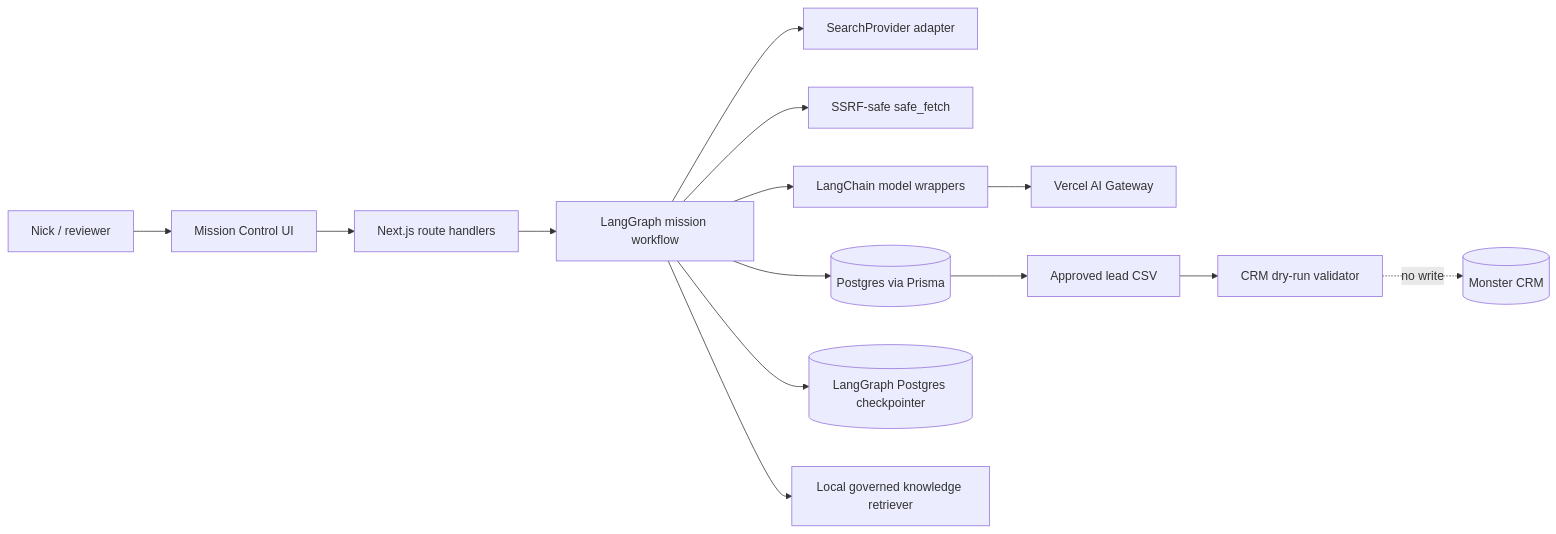
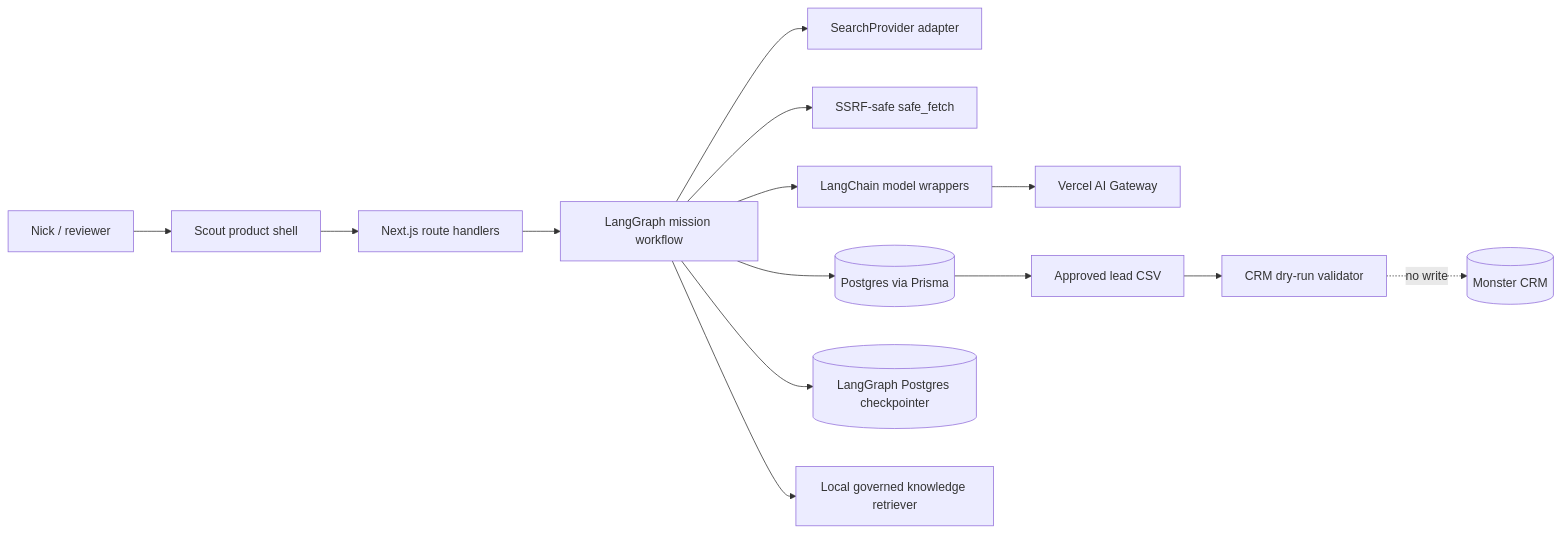
One commit to monsteruk-crm/monster-prospecting-agent changed the second of 17 diagrams in docs/guides/how-monster-scout-works.md. Above: the diagram before and after it, drawn with Mermaid. The commit also changed other lines of this file and 18 other files, not shown here.

````diff
--- a/docs/guides/how-monster-scout-works.md
+++ b/docs/guides/how-monster-scout-works.md
@@ -80,16 +80,16 @@
 ```mermaid
 flowchart LR
-  Human[Nick / reviewer] --> UI[Mission Control UI]
+  Human[Nick / reviewer] --> UI[Scout product shell]
   UI --> API[Next.js route handlers]
   API --> Graph[LangGraph mission workflow]
   Graph --> Search[SearchProvider adapter]
   Graph --> Fetch[SSRF-safe safe_fetch]
   Graph --> Models[LangChain model wrappers]
   Models --> Gateway[Vercel AI Gateway]
   Graph --> DB[(Postgres via Prisma)]
   Graph --> Checkpoints[(LangGraph Postgres checkpointer)]
   Graph --> Knowledge[Local governed knowledge retriever]
   DB --> CSV[Approved lead CSV]
   CSV --> DryRun[CRM dry-run validator]
   DryRun -. no write .-> CRM[(Monster CRM)]
 ```
````
